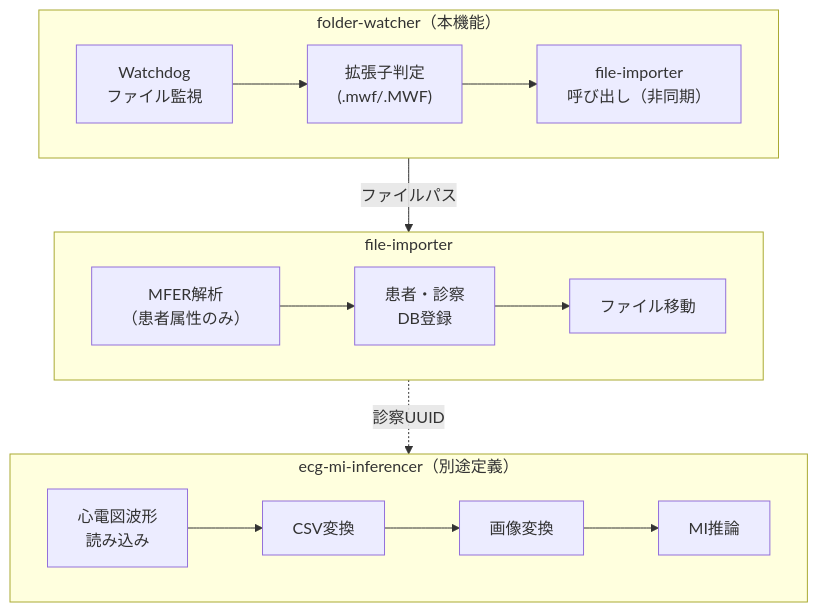
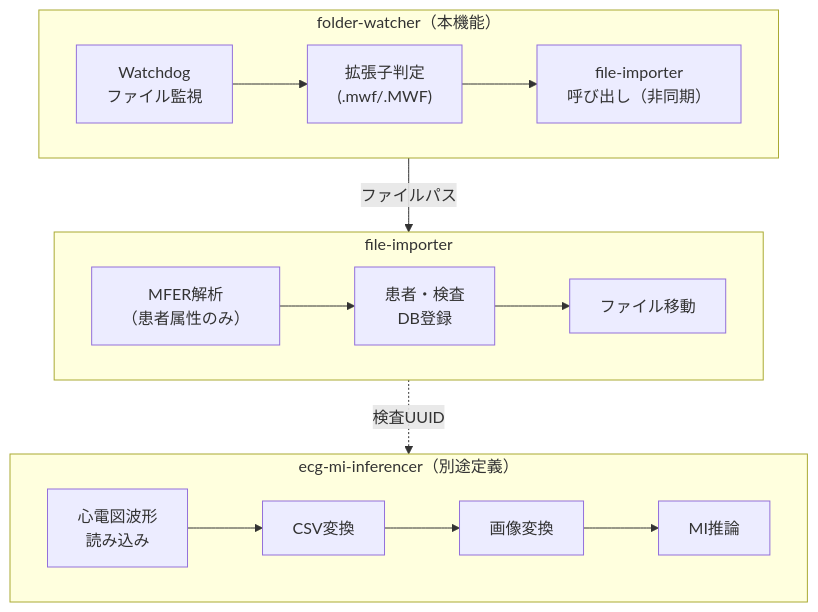
Before and after one commit to Universal-Micro-Networks/ecg-mi-inference: the diagram in .kiro/specs/folder-watcher/requirements.md, drawn with Mermaid. The commit also changed other lines of this file and 28 other files, not shown here.

````diff
--- a/.kiro/specs/folder-watcher/requirements.md
+++ b/.kiro/specs/folder-watcher/requirements.md
@@ -194,30 +194,30 @@
 ```mermaid
 flowchart TB
     subgraph FW["folder-watcher（本機能）"]
         direction LR
         W["Watchdog<br/>ファイル監視"]
         E["拡張子判定<br/>(.mwf/.MWF)"]
         C["file-importer<br/>呼び出し（非同期）"]
         W --> E --> C
     end
 
     subgraph FI["file-importer"]
         direction LR
         M["MFER解析<br/>（患者属性のみ）"]
-        DB1["患者・診察<br/>DB登録"]
+        DB1["患者・検査<br/>DB登録"]
         MV["ファイル移動"]
         M --> DB1 --> MV
     end
 
     subgraph INF["ecg-mi-inferencer（別途定義）"]
         direction LR
         ECG["心電図波形<br/>読み込み"]
         CSV["CSV変換"]
         IMG["画像変換"]
         AI["MI推論"]
         ECG --> CSV --> IMG --> AI
     end
 
     C -->|ファイルパス| M
-    DB1 -.->|診察UUID| INF
+    DB1 -.->|検査UUID| INF
 ```
````
